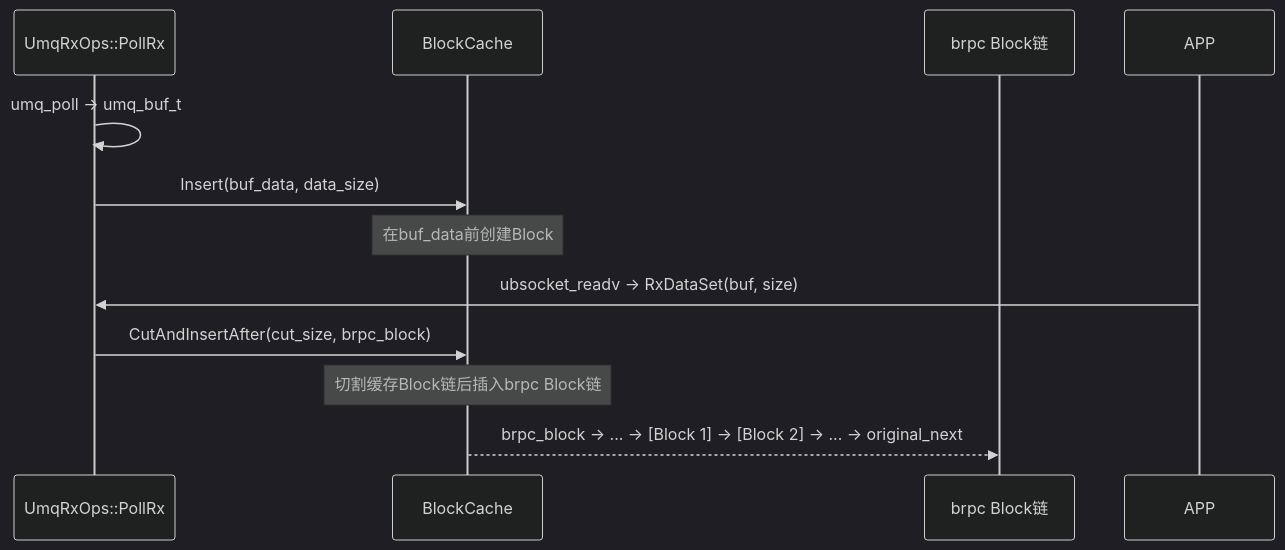
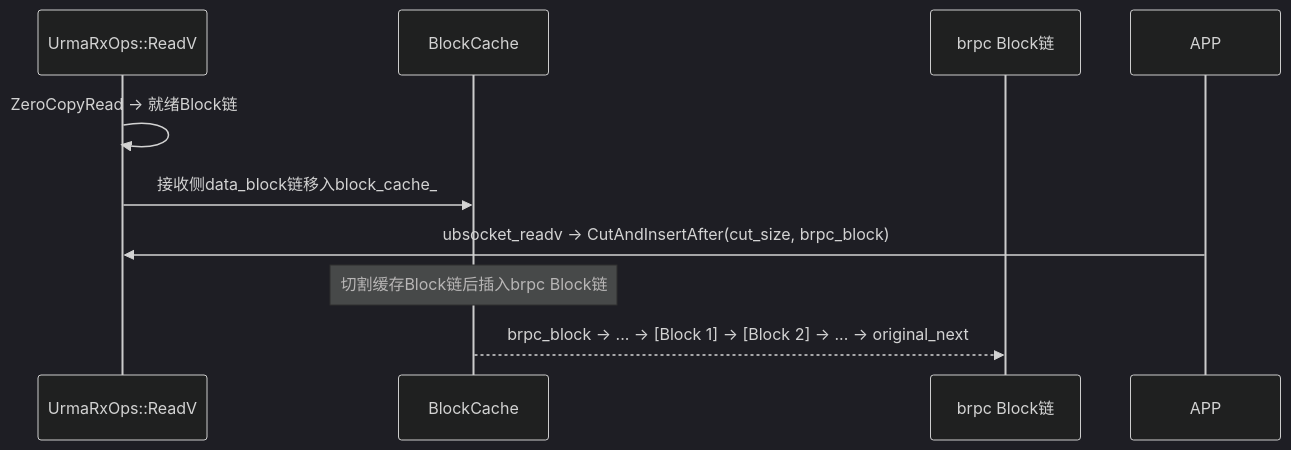
Before and after one commit to openeuler-mirror/ubs-comm: diagram 15 of 17 in doc/ubsocket/UBSOCKET-ARCHITECTURE.ch.md, drawn with Mermaid (dark theme). The commit also changed other lines of this file and 13 other files, not shown here.

First line of the commit message:
docs(ubsocket): 移除资料中的 umq 相关内容

````diff
--- a/doc/ubsocket/UBSOCKET-ARCHITECTURE.ch.md
+++ b/doc/ubsocket/UBSOCKET-ARCHITECTURE.ch.md
@@ -663,15 +558,13 @@
 ```mermaid
 sequenceDiagram
-    participant RX as UmqRxOps::PollRx
+    participant RX as UrmaRxOps::ReadV
     participant CACHE as BlockCache
     participant BRPC as brpc Block链
 
-    RX->>RX: umq_poll → umq_buf_t
-    RX->>CACHE: Insert(buf_data, data_size)
-    Note over CACHE: 在buf_data前创建Block
+    RX->>RX: ZeroCopyRead → 就绪Block链
+    RX->>CACHE: 接收侧data_block链移入block_cache_
 
-    APP->>RX: ubsocket_readv → RxDataSet(buf, size)
-    RX->>CACHE: CutAndInsertAfter(cut_size, brpc_block)
+    APP->>RX: ubsocket_readv → CutAndInsertAfter(cut_size, brpc_block)
     Note over CACHE: 切割缓存Block链后插入brpc Block链
     CACHE-->>BRPC: brpc_block → ... → [Block 1] → [Block 2] → ... → original_next
 ```
````
